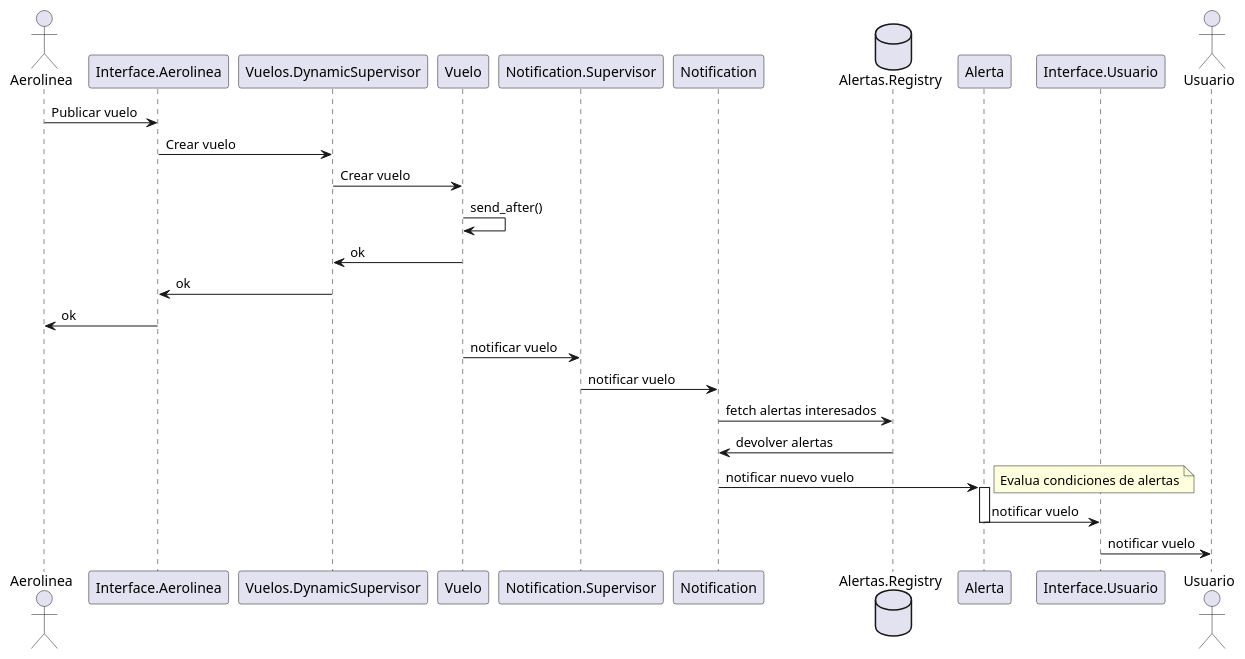
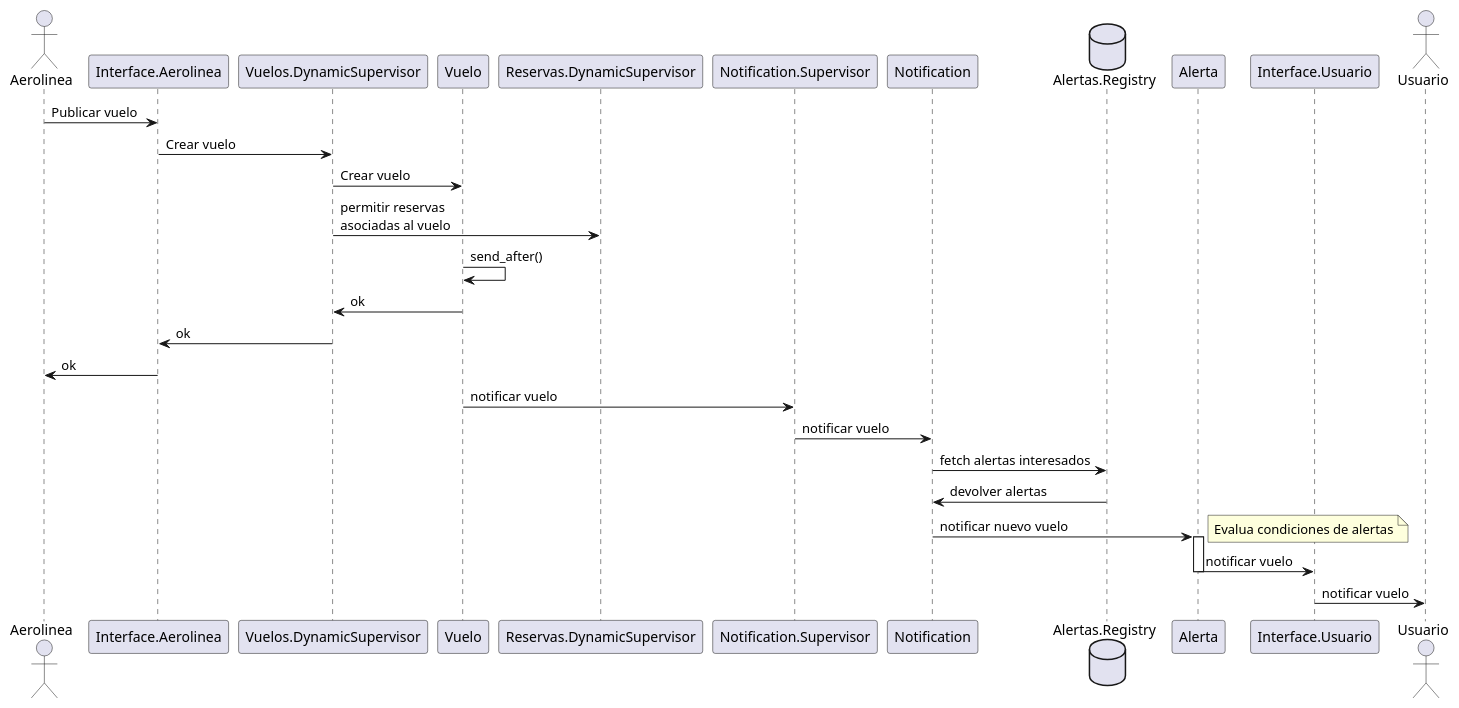
Before and after one commit to NicoMadd/levantar-vuelo: the diagram in diagrams/secuencia_publicar_vuelo.puml, drawn with PlantUML. The commit also changed other lines of this file and 7 other files, not shown here.

Commit message:
actualizo los diferentes diagramas de secuencia

```diff
--- a/diagrams/secuencia_publicar_vuelo.puml
+++ b/diagrams/secuencia_publicar_vuelo.puml
@@ -1,31 +1,33 @@
 @startuml Secuencia Publicar Vuelo 
 actor Aerolinea
 participant Interface.Aerolinea
 participant Vuelos.DynamicSupervisor
 participant Vuelo
+participant Reservas.DynamicSupervisor
 participant Notification.Supervisor
 participant Notification
 database Alertas.Registry
 participant Alerta
 participant Interface.Usuario
 actor Usuario
 
 Aerolinea -> "Interface.Aerolinea": Publicar vuelo
 "Interface.Aerolinea" -> Vuelos.DynamicSupervisor: Crear vuelo
 Vuelos.DynamicSupervisor -> Vuelo: Crear vuelo
+Vuelos.DynamicSupervisor -> Reservas.DynamicSupervisor: permitir reservas\nasociadas al vuelo
 Vuelo -> Vuelo: send_after()
 Vuelo -> Vuelos.DynamicSupervisor: ok
 Vuelos.DynamicSupervisor -> Interface.Aerolinea: ok
 Interface.Aerolinea -> Aerolinea: ok
 Vuelo -> Notification.Supervisor: notificar vuelo
 Notification.Supervisor -> Notification: notificar vuelo
 Notification -> Alertas.Registry: fetch alertas interesados
 Alertas.Registry -> Notification: devolver alertas
 Notification -> Alerta: notificar nuevo vuelo
 activate Alerta
 note right: Evalua condiciones de alertas
 Alerta -> Interface.Usuario: notificar vuelo
 deactivate Alerta
 Interface.Usuario -> Usuario: notificar vuelo
 
 @enduml
```
